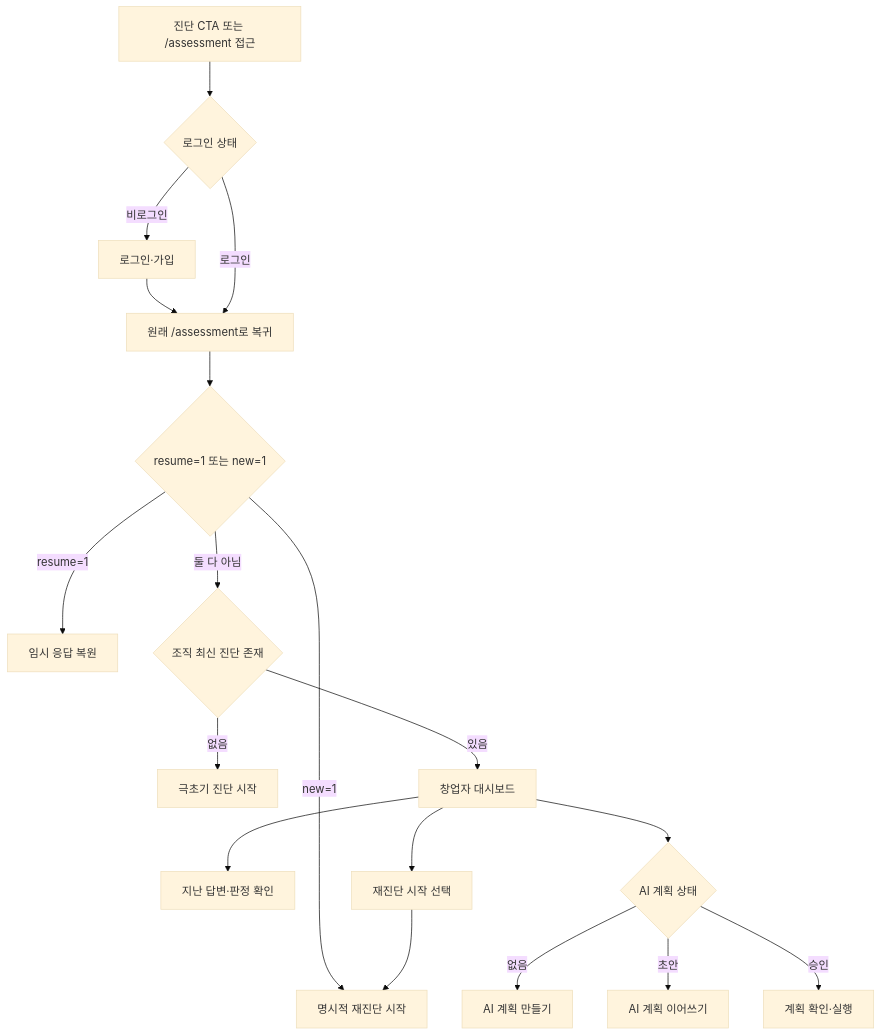
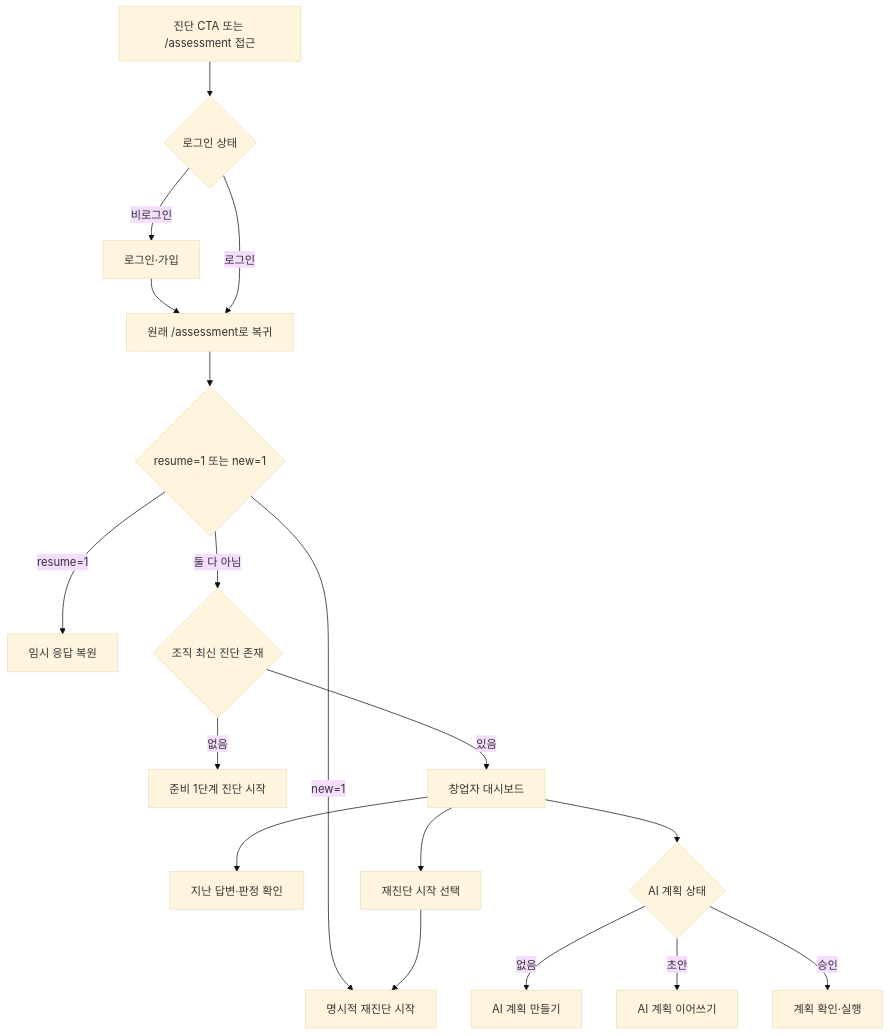
One commit to ky17824/ai-coding changed the diagram in .omx/plans/2026-08-10-returning-founder-dashboard-first.md. Above: the diagram before and after it, drawn with Mermaid (base theme). The commit also changed other lines of this file and 25 other files, not shown here.

````diff
--- a/.omx/plans/2026-08-10-returning-founder-dashboard-first.md
+++ b/.omx/plans/2026-08-10-returning-founder-dashboard-first.md
@@ -47,20 +47,20 @@
 ```mermaid
 flowchart TD
   A["진단 CTA 또는 /assessment 접근"] --> B{"로그인 상태"}
   B -->|"비로그인"| C["로그인·가입"]
   C --> D["원래 /assessment로 복귀"]
   B -->|"로그인"| D
   D --> E{"resume=1 또는 new=1"}
   E -->|"resume=1"| F["임시 응답 복원"]
   E -->|"new=1"| G["명시적 재진단 시작"]
   E -->|"둘 다 아님"| H{"조직 최신 진단 존재"}
-  H -->|"없음"| I["극초기 진단 시작"]
+  H -->|"없음"| I["준비 1단계 진단 시작"]
   H -->|"있음"| J["창업자 대시보드"]
   J --> K["지난 답변·판정 확인"]
   J --> L{"AI 계획 상태"}
   L -->|"없음"| M["AI 계획 만들기"]
   L -->|"초안"| N["AI 계획 이어쓰기"]
   L -->|"승인"| O["계획 확인·실행"]
   J --> P["재진단 시작 선택"]
   P --> G
 ```
````
